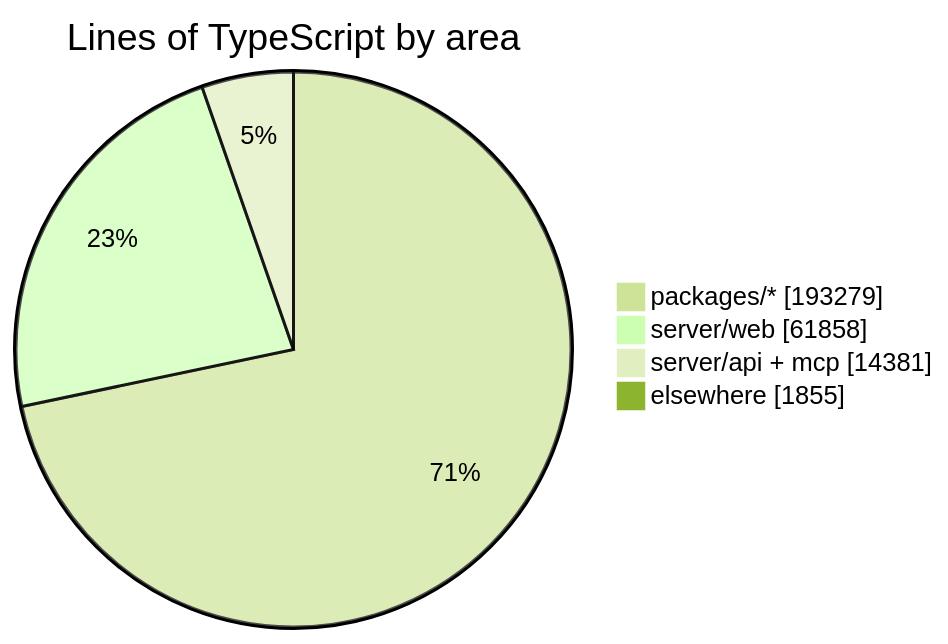
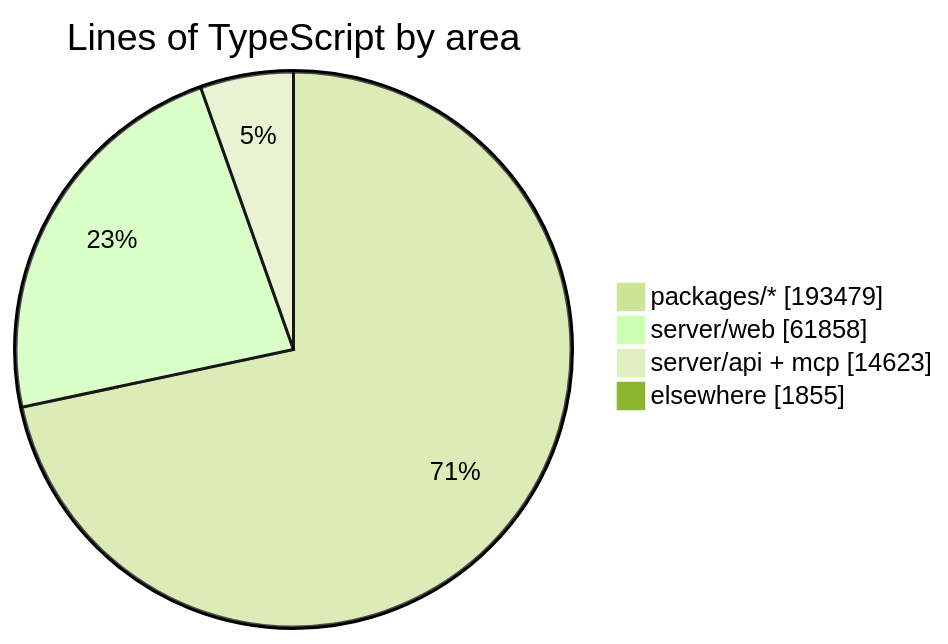
The diagram in README.md (crossworks-engineering/mantle), drawn with Mermaid (forest theme) before and after one commit. The commit also changed other lines of this file and 2 other files, not shown here.

````diff
--- a/README.md
+++ b/README.md
@@ -279,7 +279,7 @@
 ```mermaid
 pie showData title Lines of TypeScript by area
-    "packages/*" : 193279
+    "packages/*" : 193479
     "server/web" : 61858
-    "server/api + mcp" : 14381
+    "server/api + mcp" : 14623
     "elsewhere" : 1855
 ```
````
